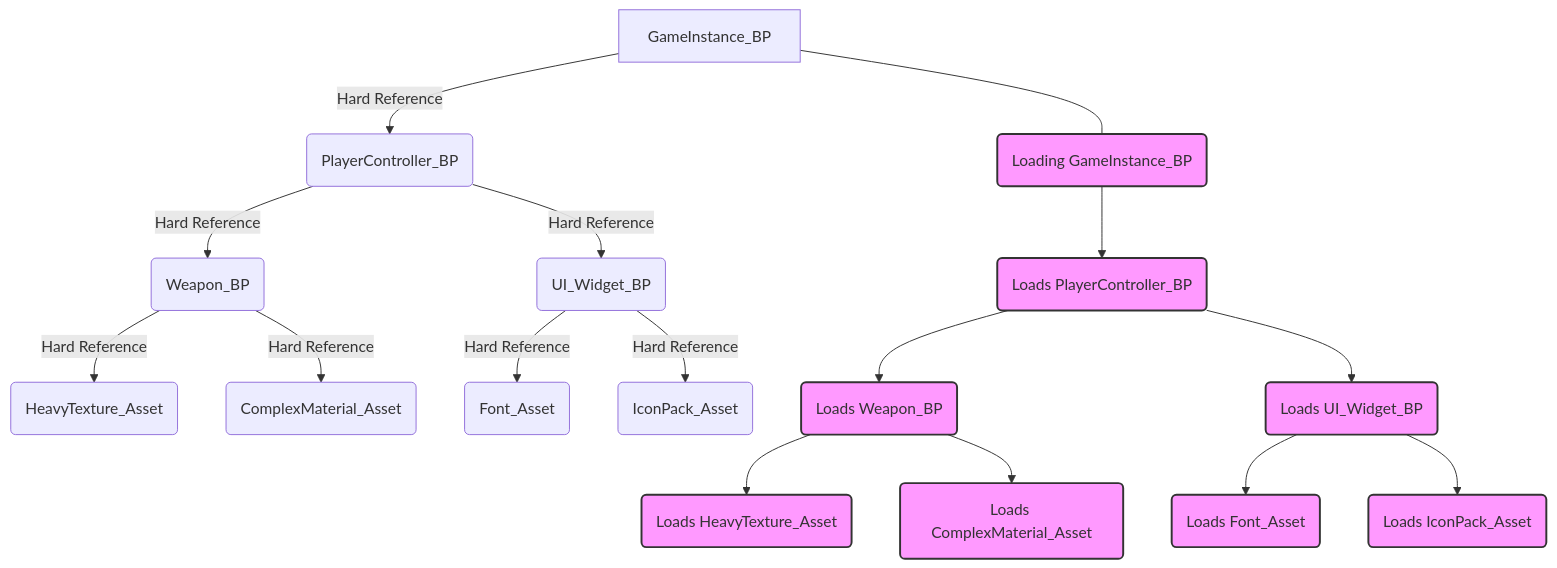
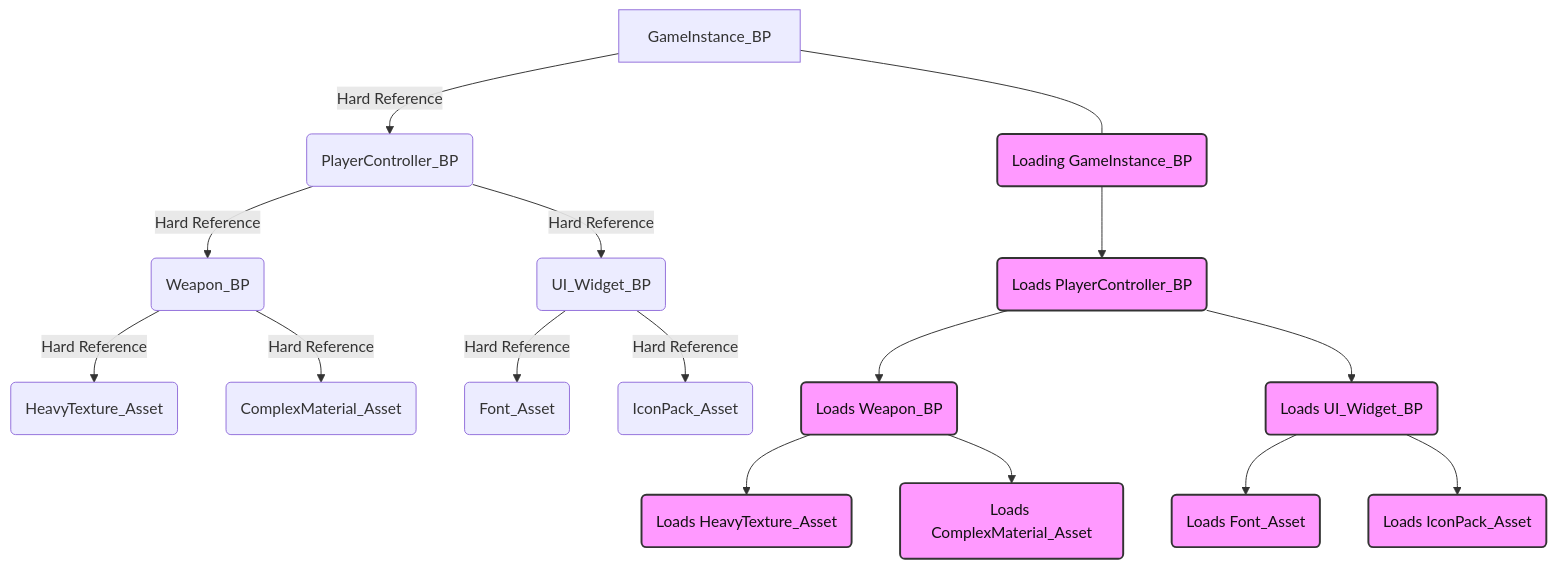
Before and after one commit to tristanpoland/blog: the first of 2 diagrams in public/blogs/hard-refs-brainmelt.md, drawn with Mermaid.

````diff
--- a/public/blogs/hard-refs-brainmelt.md
+++ b/public/blogs/hard-refs-brainmelt.md
@@ -170,26 +170,26 @@
 ```mermaid
 graph TD
     A[GameInstance_BP] -->|Hard Reference| B(PlayerController_BP)
     B -->|Hard Reference| C(Weapon_BP)
     C -->|Hard Reference| D(HeavyTexture_Asset)
     C -->|Hard Reference| E(ComplexMaterial_Asset)
     B -->|Hard Reference| F(UI_Widget_BP)
     F -->|Hard Reference| G(Font_Asset)
     F -->|Hard Reference| H(IconPack_Asset)
     A --- Loading(Loading GameInstance_BP)
     Loading --> LoadB(Loads PlayerController_BP)
     LoadB --> LoadC(Loads Weapon_BP)
     LoadC --> LoadD(Loads HeavyTexture_Asset)
     LoadC --> LoadE(Loads ComplexMaterial_Asset)
     LoadB --> LoadF(Loads UI_Widget_BP)
     LoadF --> LoadG(Loads Font_Asset)
     LoadF --> LoadH(Loads IconPack_Asset)
-    style Loading fill:#f9f,stroke:#333,stroke-width:2px
-    style LoadB fill:#f9f,stroke:#333,stroke-width:2px
-    style LoadC fill:#f9f,stroke:#333,stroke-width:2px
-    style LoadD fill:#f9f,stroke:#333,stroke-width:2px
-    style LoadE fill:#f9f,stroke:#333,stroke-width:2px
-    style LoadF fill:#f9f,stroke:#333,stroke-width:2px
-    style LoadG fill:#f9f,stroke:#333,stroke-width:2px
-    style LoadH fill:#f9f,stroke:#333,stroke-width:2px
+    style Loading fill:#f9f,stroke:#333,color:#111,stroke-width:2px
+    style LoadB fill:#f9f,stroke:#333,color:#111,stroke-width:2px
+    style LoadC fill:#f9f,stroke:#333,color:#111,stroke-width:2px
+    style LoadD fill:#f9f,stroke:#333,color:#111,stroke-width:2px
+    style LoadE fill:#f9f,stroke:#333,color:#111,stroke-width:2px
+    style LoadF fill:#f9f,stroke:#333,color:#111,stroke-width:2px
+    style LoadG fill:#f9f,stroke:#333,color:#111,stroke-width:2px
+    style LoadH fill:#f9f,stroke:#333,color:#111,stroke-width:2px
 ```
````
